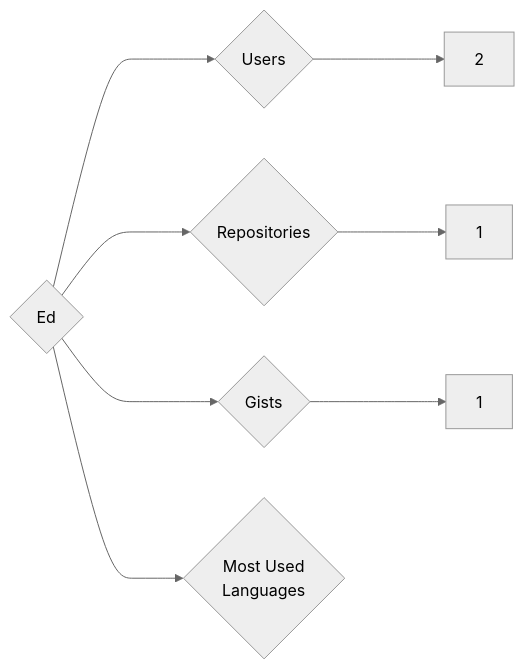
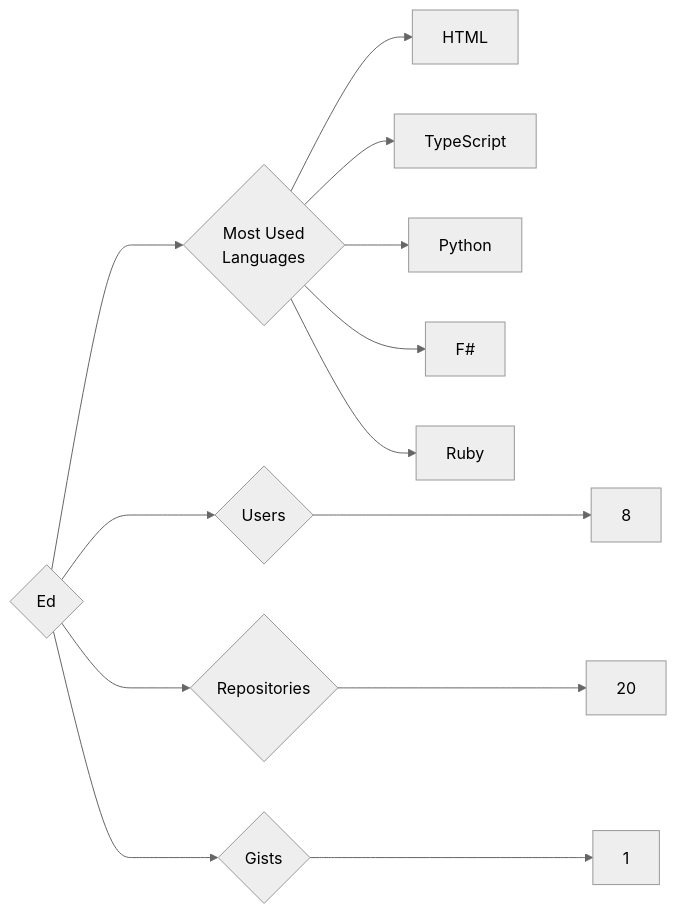
One commit to trickest/insiders changed the diagram in targets/Ed/README.md. Above: the diagram before and after it, drawn with Mermaid (neutral theme). The commit also changed 912 other files, not shown here.

````diff
--- a/targets/Ed/README.md
+++ b/targets/Ed/README.md
@@ -3,8 +3,13 @@
 ```mermaid
 graph LR
 COMPANY_NAME{Ed}
-COMPANY_NAME ---> U{Users} ---> UN[2]
-COMPANY_NAME ---> R{Repositories} ---> RN[1]
+COMPANY_NAME ---> U{Users} ---> UN[8]
+COMPANY_NAME ---> R{Repositories} ---> RN[20]
 COMPANY_NAME ---> G{Gists} ---> GN[1]
 COMPANY_NAME ---> ML{Most Used<br>Languages}
+ML --> HTML[HTML]
+ML --> TypeScript[TypeScript]
+ML --> Python[Python]
+ML --> F#[F#]
+ML --> Ruby[Ruby]
 ```
````
